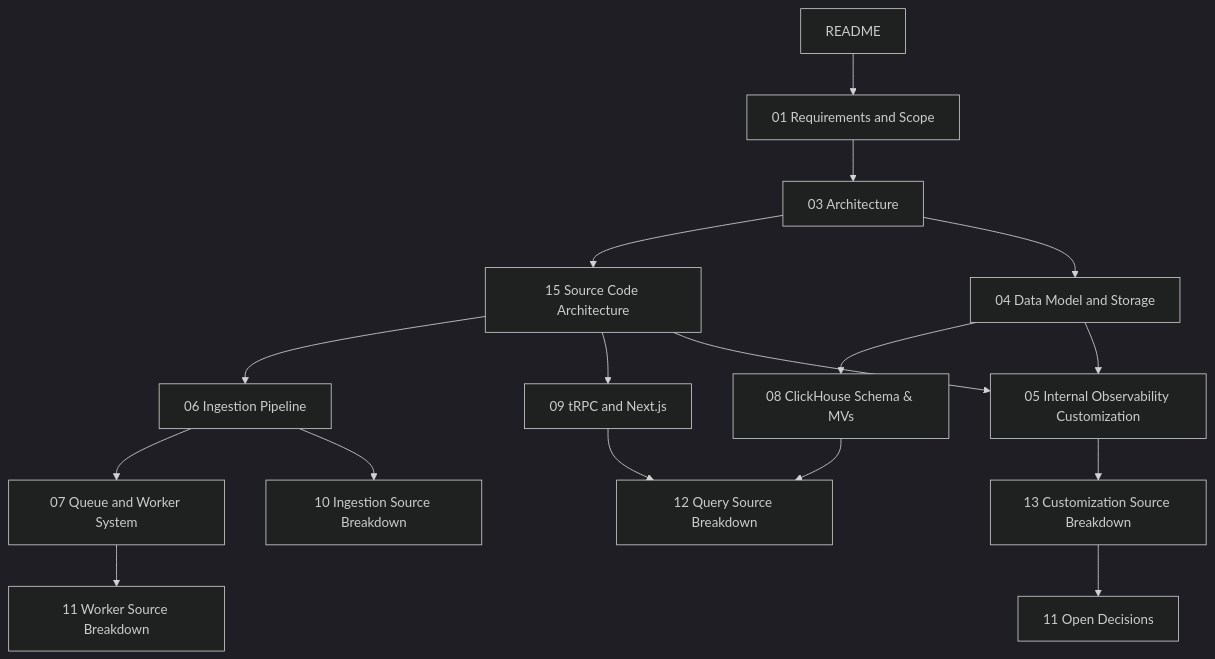
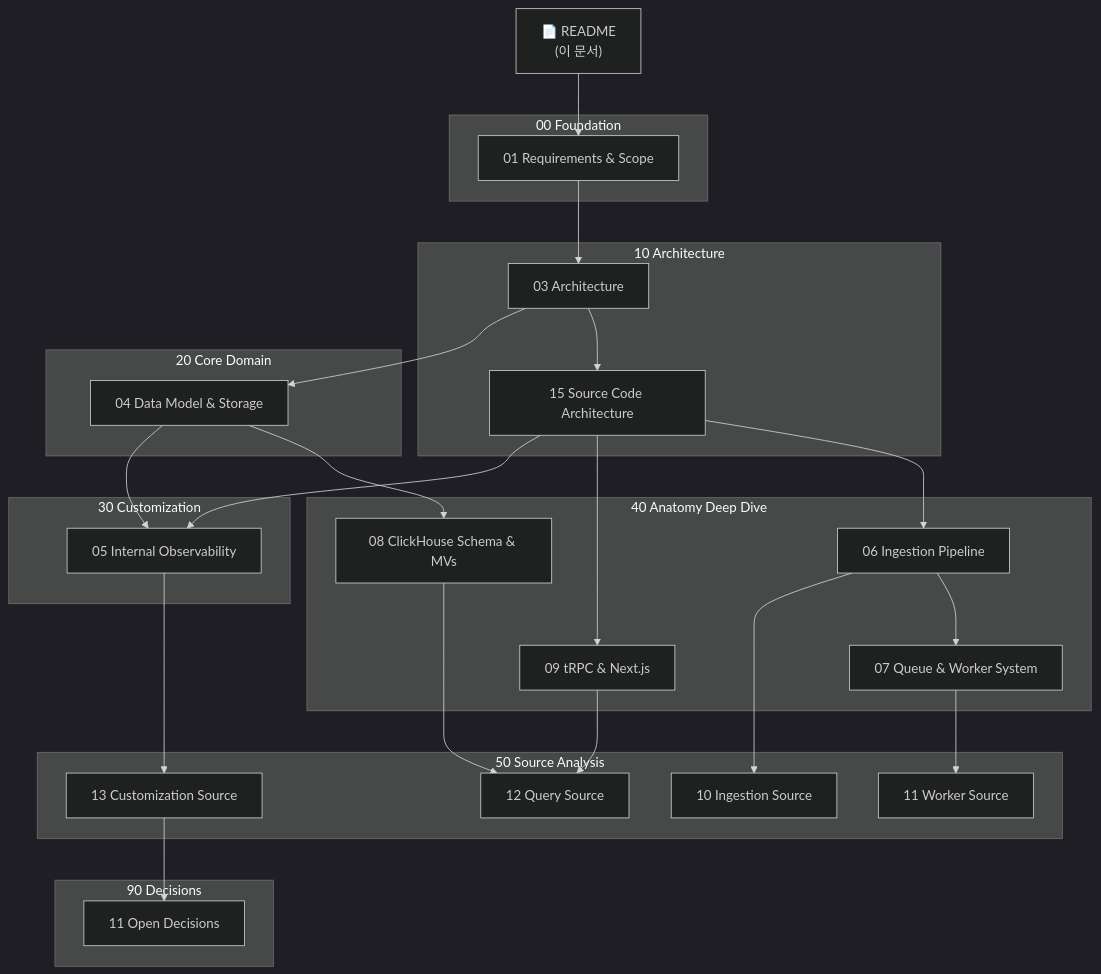
Before and after one commit to dhs-shine/langfuse: the diagram in docs/README.md, drawn with Mermaid (dark theme). The commit also changed other lines of this file and 8 other files, not shown here.

Commit message:
docs: update and standardize documentation structure across architecture deep dives and source analysis sections

````diff
--- a/docs/README.md
+++ b/docs/README.md
@@ -61,22 +13,59 @@
 ```mermaid
 flowchart TD
-  R[README] --> F[01 Requirements and Scope]
-  F --> A[03 Architecture]
-  A --> SA[15 Source Code Architecture]
-  A --> DM[04 Data Model and Storage]
-  
-  SA --> IP[06 Ingestion Pipeline]
-  IP --> QW[07 Queue and Worker System]
-  DM --> CH[08 ClickHouse Schema & MVs]
-  SA --> TR[09 tRPC and Next.js]
-  
-  IP --> I_SRC[10 Ingestion Source Breakdown]
-  QW --> W_SRC[11 Worker Source Breakdown]
-  CH --> C_SRC[12 Query Source Breakdown]
-  TR --> C_SRC
-  
-  SA --> CI[05 Internal Observability Customization]
-  DM --> CI
-  CI --> CU_SRC[13 Customization Source Breakdown]
-  CU_SRC --> OD[11 Open Decisions]
+    R["📄 README<br/>(이 문서)"]
+
+    subgraph Foundation["00 Foundation"]
+        F["01 Requirements & Scope"]
+    end
+
+    subgraph Architecture["10 Architecture"]
+        A["03 Architecture"]
+        SA["15 Source Code Architecture"]
+    end
+
+    subgraph Domain["20 Core Domain"]
+        DM["04 Data Model & Storage"]
+    end
+
+    subgraph Custom["30 Customization"]
+        CI["05 Internal Observability"]
+    end
+
+    subgraph Anatomy["40 Anatomy Deep Dive"]
+        IP["06 Ingestion Pipeline"]
+        QW["07 Queue & Worker System"]
+        CH["08 ClickHouse Schema & MVs"]
+        TR["09 tRPC & Next.js"]
+    end
+
+    subgraph Source["50 Source Analysis"]
+        I_SRC["10 Ingestion Source"]
+        W_SRC["11 Worker Source"]
+        Q_SRC["12 Query Source"]
+        C_SRC["13 Customization Source"]
+    end
+
+    subgraph Decisions["90 Decisions"]
+        OD["11 Open Decisions"]
+    end
+
+    R --> F
+    F --> A
+    A --> SA
+    A --> DM
+
+    SA --> IP
+    IP --> QW
+    DM --> CH
+    SA --> TR
+
+    IP --> I_SRC
+    QW --> W_SRC
+    CH --> Q_SRC
+    TR --> Q_SRC
+
+    SA --> CI
+    DM --> CI
+    CI --> C_SRC
+    C_SRC --> OD
 ```
````
